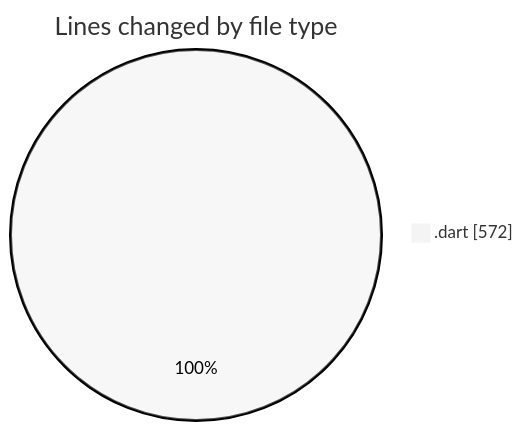
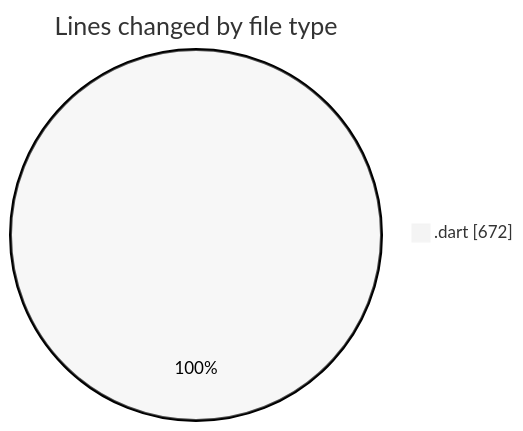
The first of 2 diagrams in 2025-02-25/trackers_app/README.md (donsfak/code-tracking), drawn with Mermaid (neutral theme) before and after one commit. The commit also changed other lines of this file and 1 other file, not shown here.

````diff
--- a/2025-02-25/trackers_app/README.md
+++ b/2025-02-25/trackers_app/README.md
@@ -22,5 +23,5 @@
 ```mermaid
 pie showData
 title Lines changed by file type
-".dart" : 572
+".dart" : 672
 ```
````
